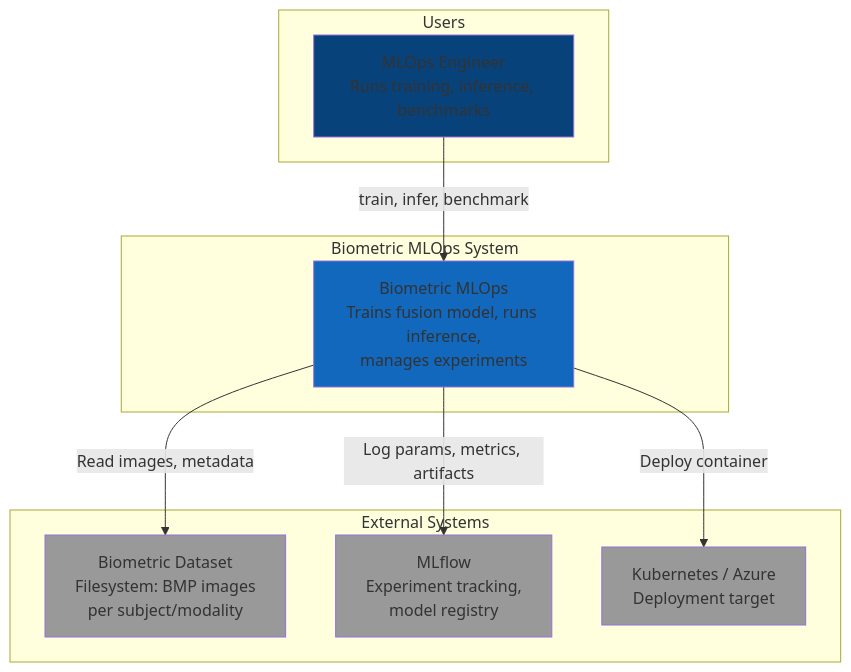
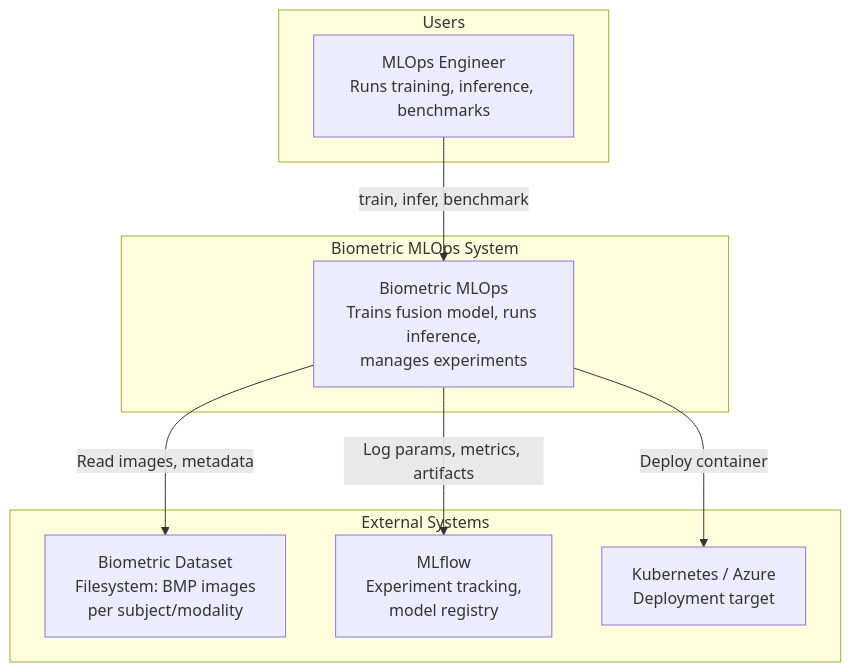
One commit to Skumarr53/BoschAssignment changed the second of 5 diagrams in docs/architecture.md. Above: the diagram before and after it, drawn with Mermaid. The commit also changed other lines of this file and 15 other files, not shown here.

````diff
--- a/docs/architecture.md
+++ b/docs/architecture.md
@@ -11,27 +72,21 @@
 ```mermaid
 graph TB
     subgraph "Users"
         Engineer[MLOps Engineer<br/>Runs training, inference, benchmarks]
     end
 
     subgraph "Biometric MLOps System"
         System[Biometric MLOps<br/>Trains fusion model, runs inference,<br/>manages experiments]
     end
 
     subgraph "External Systems"
         Dataset[Biometric Dataset<br/>Filesystem: BMP images<br/>per subject/modality]
         MLflow[MLflow<br/>Experiment tracking,<br/>model registry]
         Infra[Kubernetes / Azure<br/>Deployment target]
     end
 
     Engineer -->|train, infer, benchmark| System
     System -->|Read images, metadata| Dataset
     System -->|Log params, metrics, artifacts| MLflow
     System -->|Deploy container| Infra
-
-    style System fill:#1168bd
-    style Engineer fill:#08427b
-    style Dataset fill:#999
-    style MLflow fill:#999
-    style Infra fill:#999
 ```
````
